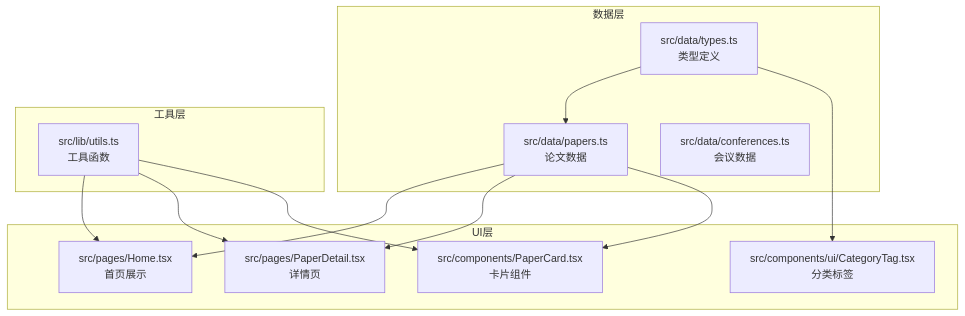
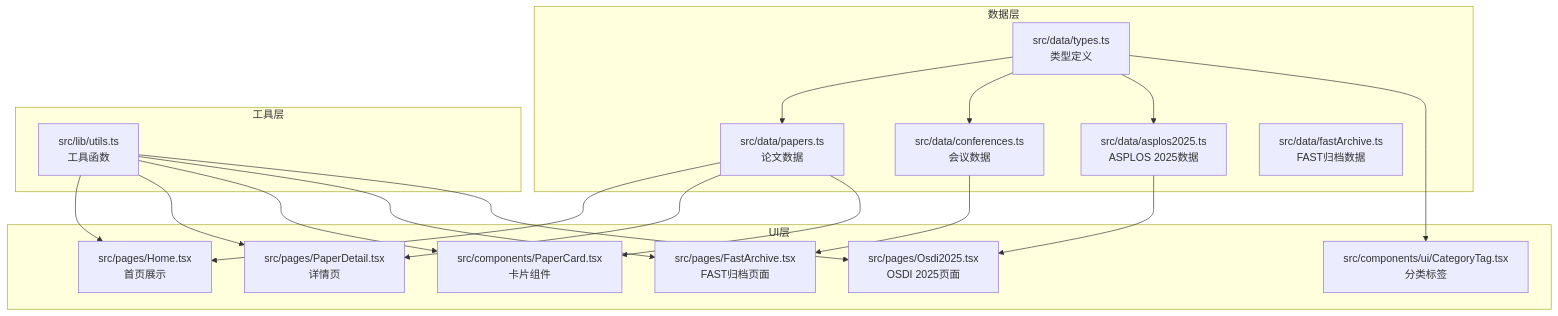
The first of 9 diagrams in .qoder/repowiki/zh/content/数据模型/论文数据模型.md (erikliu123/storage_ai_blog), drawn with Mermaid before and after one commit. The commit also changed other lines of this file and 94 other files, not shown here.

First line of the commit message:
feat: Add global search, NVMe manual, and fix architecture diagrams

````diff
--- a/.qoder/repowiki/zh/content/数据模型/论文数据模型.md
+++ b/.qoder/repowiki/zh/content/数据模型/论文数据模型.md
@@ -34,25 +46,35 @@
 ```mermaid
 graph TB
 subgraph "数据层"
 Types[src/data/types.ts<br/>类型定义]
 Papers[src/data/papers.ts<br/>论文数据]
 Conferences[src/data/conferences.ts<br/>会议数据]
+Asplos2025[src/data/asplos2025.ts<br/>ASPLOS 2025数据]
+FastArchive[src/data/fastArchive.ts<br/>FAST归档数据]
 end
 subgraph "UI层"
 Home[src/pages/Home.tsx<br/>首页展示]
 Detail[src/pages/PaperDetail.tsx<br/>详情页]
 Card[src/components/PaperCard.tsx<br/>卡片组件]
 CategoryTag[src/components/ui/CategoryTag.tsx<br/>分类标签]
+FastArchivePage[src/pages/FastArchive.tsx<br/>FAST归档页面]
+Osdi2025Page[src/pages/Osdi2025.tsx<br/>OSDI 2025页面]
 end
 subgraph "工具层"
 Utils[src/lib/utils.ts<br/>工具函数]
 end
 Types --> Papers
+Types --> Conferences
+Types --> Asplos2025
 Papers --> Home
 Papers --> Detail
 Papers --> Card
+Conferences --> FastArchivePage
+Asplos2025 --> Osdi2025Page
 Types --> CategoryTag
 Utils --> Home
 Utils --> Detail
 Utils --> Card
+Utils --> FastArchivePage
+Utils --> Osdi2025Page
 ```
````
